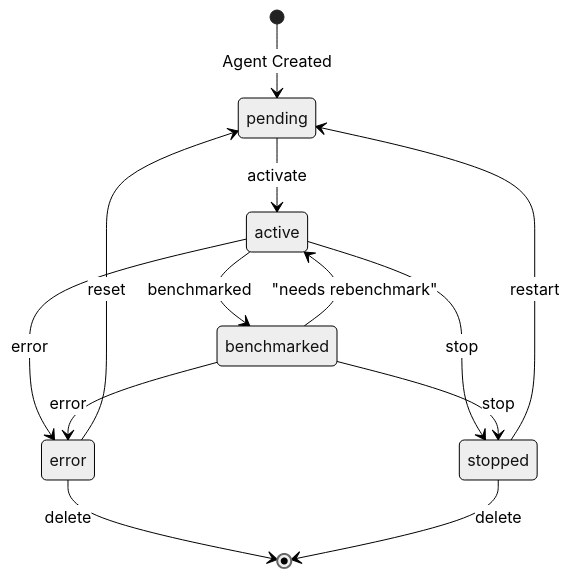
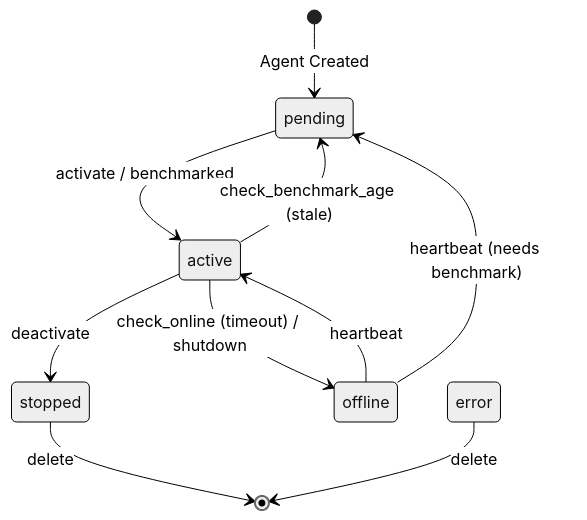
The third of 13 diagrams in docs/architecture/diagrams.md (unclesp1d3r/CipherSwarm), drawn with Mermaid (neutral theme) before and after one commit. The commit also changed 7 other files, not shown here.

````diff
--- a/docs/architecture/diagrams.md
+++ b/docs/architecture/diagrams.md
@@ -164,19 +164,15 @@
 ```mermaid
 stateDiagram-v2
     [*] --> pending: Agent Created
 
-    pending --> active: activate
-    active --> benchmarked: benchmarked
-    active --> error: error
-    active --> stopped: stop
+    pending --> active: activate / benchmarked
+    active --> stopped: deactivate
+    active --> pending: check_benchmark_age (stale)
+    active --> offline: check_online (timeout) / shutdown
 
-    benchmarked --> active: "needs rebenchmark"
-    benchmarked --> error: error
-    benchmarked --> stopped: stop
+    offline --> active: heartbeat
+    offline --> pending: heartbeat (needs benchmark)
 
-    error --> pending: reset
-    stopped --> pending: restart
-
+    stopped --> [*]: delete
     error --> [*]: delete
-    stopped --> [*]: delete
 ```
````
